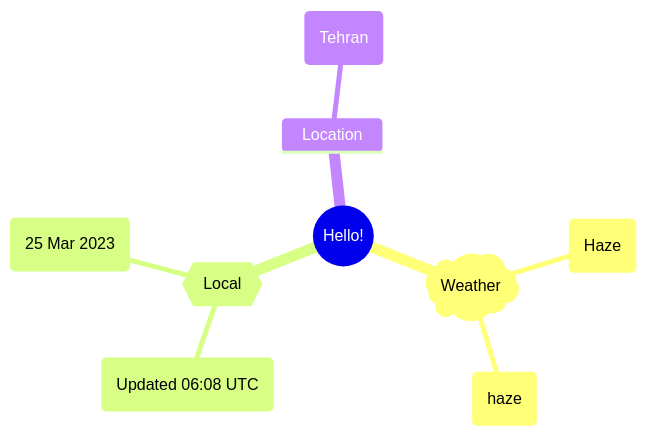
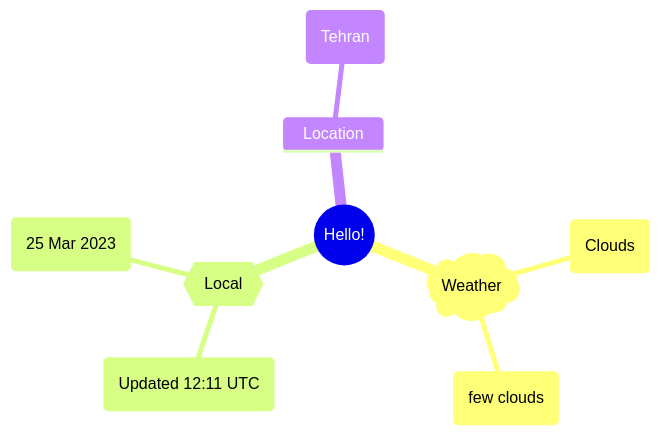
One commit to Xosrov/Xosrov changed the first of 2 diagrams in README.md. Above: the diagram before and after it, drawn with Mermaid.

Commit message:
[bot] updated images

````diff
--- a/README.md
+++ b/README.md
@@ -3,12 +3,12 @@
 ```mermaid
 mindmap
   root((Hello!))
     )Weather(
-        (Haze)
-        (haze)
+        (Clouds)
+        (few clouds)
     {{Local}}
-        (Updated 06:08 UTC)
+        (Updated 12:11 UTC)
         (25 Mar 2023)
     Location
         (Tehran)
 ```
````
